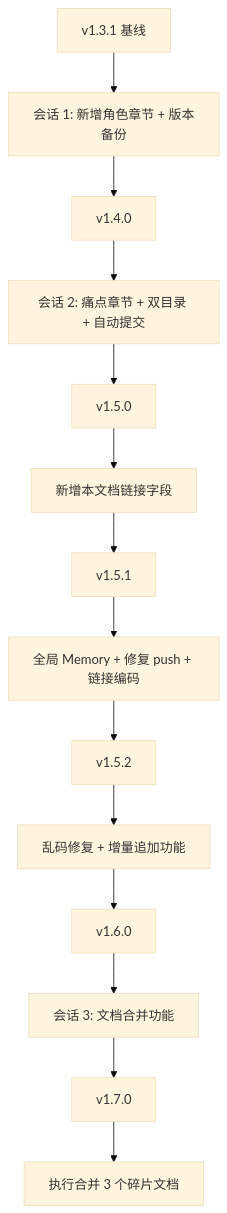
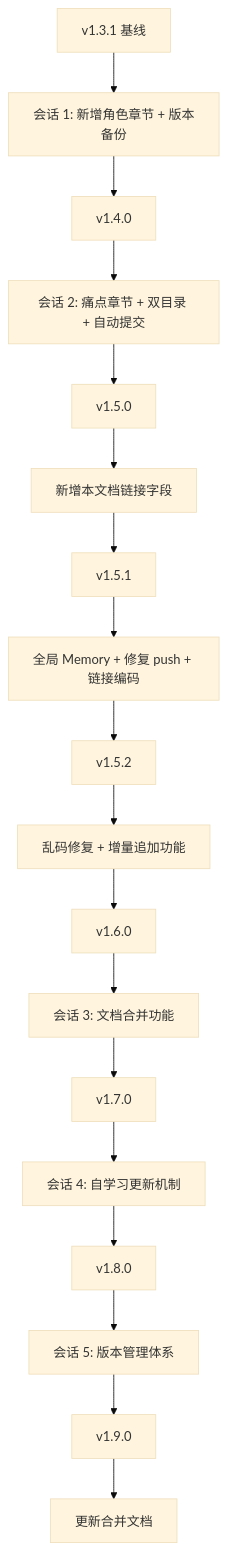
One commit to chujun/aiubuntu1-sh changed the fifth of 10 diagrams in doc/ai-explore/2026-04-11-my-explore-doc-record技能优化实践探索之旅.md. Above: the diagram before and after it, drawn with Mermaid (base theme). The commit also changed other lines of this file, not shown here.

````diff
--- a/doc/ai-explore/2026-04-11-my-explore-doc-record技能优化实践探索之旅.md
+++ b/doc/ai-explore/2026-04-11-my-explore-doc-record技能优化实践探索之旅.md
@@ -222,16 +237,20 @@
 ```mermaid
 flowchart TD
     A["v1.3.1 基线"] --> B["会话 1: 新增角色章节 + 版本备份"]
     B --> C["v1.4.0"]
     C --> D["会话 2: 痛点章节 + 双目录 + 自动提交"]
     D --> E["v1.5.0"]
     E --> F["新增本文档链接字段"]
     F --> G["v1.5.1"]
     G --> H["全局 Memory + 修复 push + 链接编码"]
     H --> I["v1.5.2"]
     I --> J["乱码修复 + 增量追加功能"]
     J --> K["v1.6.0"]
     K --> L["会话 3: 文档合并功能"]
     L --> M["v1.7.0"]
-    M --> N["执行合并 3 个碎片文档"]
+    M --> N["会话 4: 自学习更新机制"]
+    N --> O["v1.8.0"]
+    O --> P["会话 5: 版本管理体系"]
+    P --> Q["v1.9.0"]
+    Q --> R["更新合并文档"]
 ```
````
